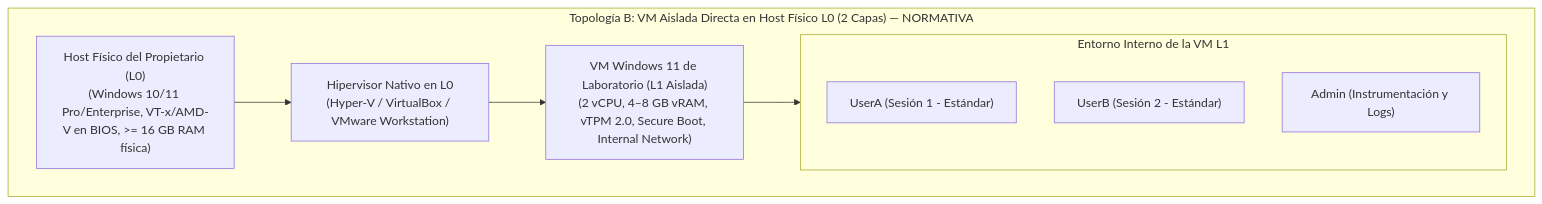
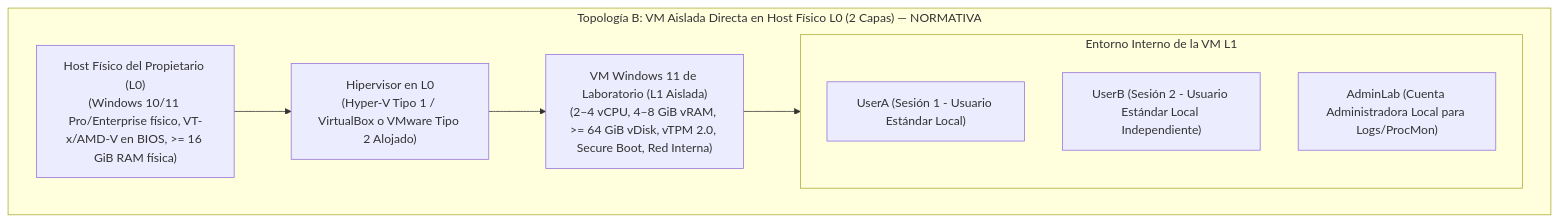
The diagram in docs/lab/PRIVGUARD-L0-HOST-PREFLIGHT.md (cristianbarreiro/PrivGuard), drawn with Mermaid before and after one commit. The commit also changed other lines of this file and 7 other files, not shown here.

````diff
--- a/docs/lab/PRIVGUARD-L0-HOST-PREFLIGHT.md
+++ b/docs/lab/PRIVGUARD-L0-HOST-PREFLIGHT.md
@@ -35,18 +35,18 @@
 ```mermaid
 flowchart TD
     subgraph TopologiaB ["Topología B: VM Aislada Directa en Host Físico L0 (2 Capas) — NORMATIVA"]
-        L0["Host Físico del Propietario (L0)<br/>(Windows 10/11 Pro/Enterprise, VT-x/AMD-V en BIOS, >= 16 GB RAM física)"]
-        HYP["Hipervisor Nativo en L0<br/>(Hyper-V / VirtualBox / VMware Workstation)"]
-        VM["VM Windows 11 de Laboratorio (L1 Aislada)<br/>(2 vCPU, 4–8 GB vRAM, vTPM 2.0, Secure Boot, Internal Network)"]
+        L0["Host Físico del Propietario (L0)<br/>(Windows 10/11 Pro/Enterprise físico, VT-x/AMD-V en BIOS, >= 16 GiB RAM física)"]
+        HYP["Hipervisor en L0<br/>(Hyper-V Tipo 1 / VirtualBox o VMware Tipo 2 Alojado)"]
+        VM["VM Windows 11 de Laboratorio (L1 Aislada)<br/>(2–4 vCPU, 4–8 GiB vRAM, >= 64 GiB vDisk, vTPM 2.0, Secure Boot, Red Interna)"]
         
         L0 --> HYP
         HYP --> VM
         
         subgraph InsideVM ["Entorno Interno de la VM L1"]
-            UserA["UserA (Sesión 1 - Estándar)"]
-            UserB["UserB (Sesión 2 - Estándar)"]
-            Admin["Admin (Instrumentación y Logs)"]
+            UserA["UserA (Sesión 1 - Usuario Estándar Local)"]
+            UserB["UserB (Sesión 2 - Usuario Estándar Local Independiente)"]
+            Admin["AdminLab (Cuenta Administradora Local para Logs/ProcMon)"]
         end
         VM --> InsideVM
     end
 ```
````
